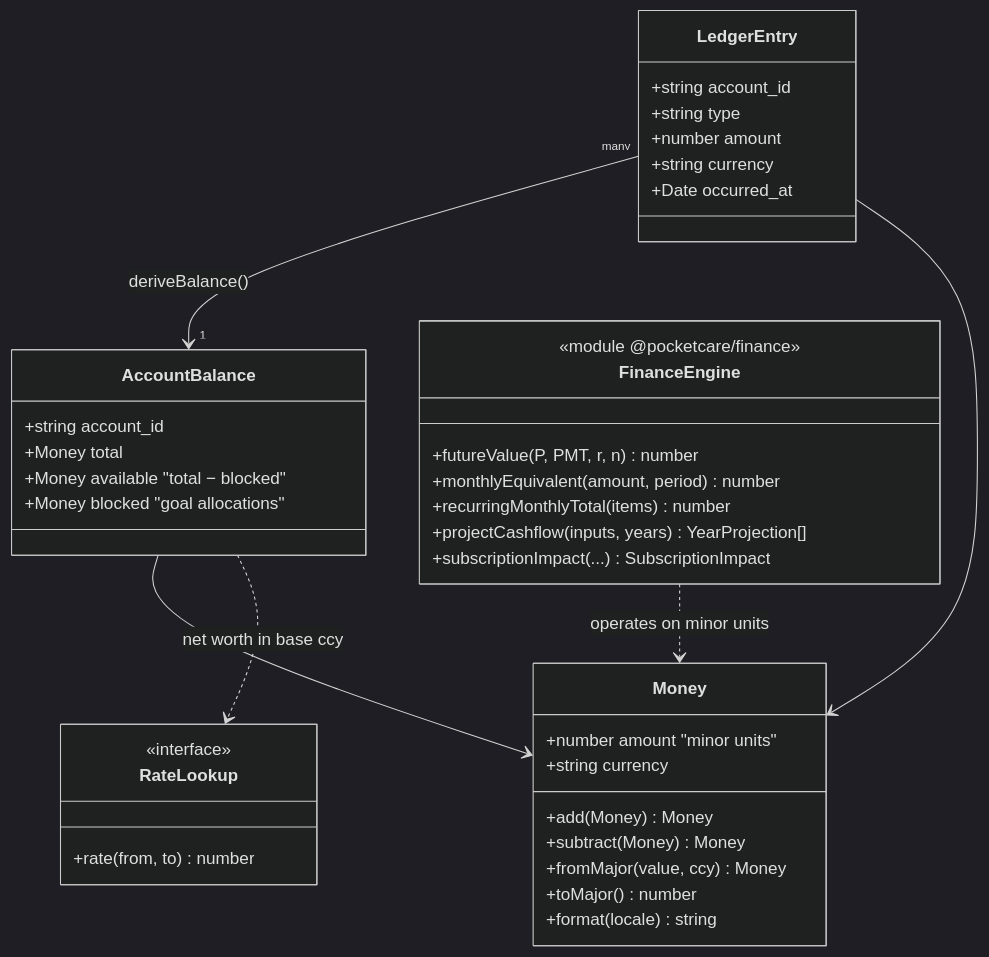
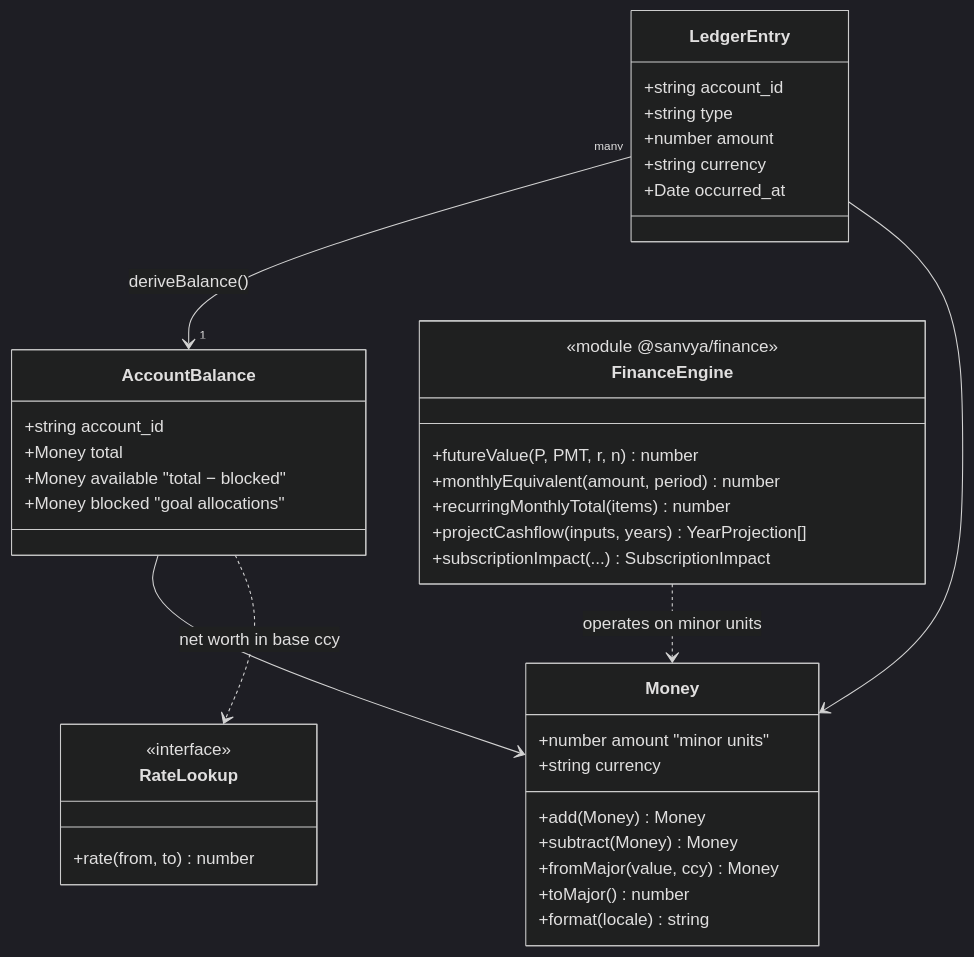
One commit to replyto-pocketcare/pocketcare-app changed the fourth of 5 diagrams in docs/architecture/02-data-model.md. Above: the diagram before and after it, drawn with Mermaid (dark theme). The commit also changed other lines of this file and 451 other files, not shown here.

Commit message:
refactor: Rename SanvyaSchema and sanvya.db to PocketCareSchema and pocketcare.db

````diff
--- a/docs/architecture/02-data-model.md
+++ b/docs/architecture/02-data-model.md
@@ -221,43 +221,43 @@
 ```mermaid
 classDiagram
     class Money {
         +number amount  "minor units"
         +string currency
         +add(Money) Money
         +subtract(Money) Money
         +fromMajor(value, ccy) Money
         +toMajor() number
         +format(locale) string
     }
     class LedgerEntry {
         +string account_id
         +string type
         +number amount
         +string currency
         +Date occurred_at
     }
     class AccountBalance {
         +string account_id
         +Money total
         +Money available  "total − blocked"
         +Money blocked    "goal allocations"
     }
     class RateLookup {
         <<interface>>
         +rate(from, to) number
     }
     class FinanceEngine {
-        <<module @pocketcare/finance>>
+        <<module @sanvya/finance>>
         +futureValue(P, PMT, r, n) number
         +monthlyEquivalent(amount, period) number
         +recurringMonthlyTotal(items) number
         +projectCashflow(inputs, years) YearProjection[]
         +subscriptionImpact(...) SubscriptionImpact
     }
 
     LedgerEntry "many" --> "1" AccountBalance : deriveBalance()
     AccountBalance --> Money
     LedgerEntry --> Money
     FinanceEngine ..> Money : operates on minor units
     AccountBalance ..> RateLookup : net worth in base ccy
 ```
````
